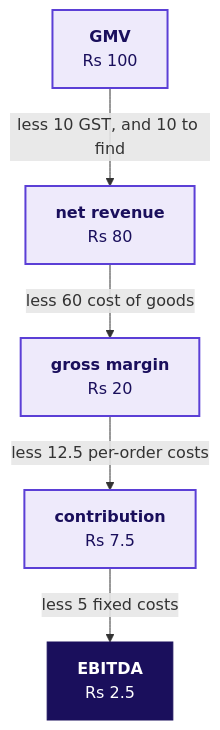
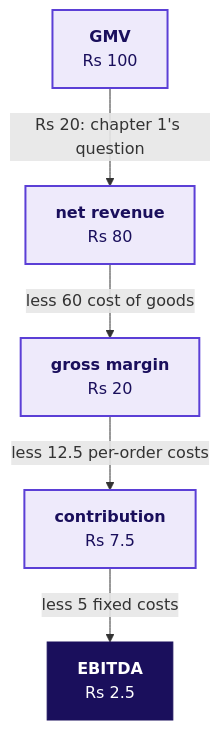
The fourth of 7 diagrams in content/W01/D1/trainer/C2_W01_D01_domain_story_TRAINER.md (fde-academy-lab/c2-content-factory), drawn with Mermaid before and after one commit. The commit also changed other lines of this file and 22 other files, not shown here.

````diff
--- a/content/W01/D1/trainer/C2_W01_D01_domain_story_TRAINER.md
+++ b/content/W01/D1/trainer/C2_W01_D01_domain_story_TRAINER.md
@@ -103,11 +129,11 @@
 ```mermaid
 flowchart TB
-    G["<b>GMV</b><br/>Rs 100"] -->|"less 10 GST, and 10 to find"| N["<b>net revenue</b><br/>Rs 80"]
+    G["<b>GMV</b><br/>Rs 100"] -->|"Rs 20: chapter 1's question"| N["<b>net revenue</b><br/>Rs 80"]
     N -->|"less 60 cost of goods"| M["<b>gross margin</b><br/>Rs 20"]
     M -->|"less 12.5 per-order costs"| C["<b>contribution</b><br/>Rs 7.5"]
     C -->|"less 5 fixed costs"| O["<b>EBITDA</b><br/>Rs 2.5"]
     classDef known fill:#EEEAFB,stroke:#5B3FD6,color:#1A0F5C,stroke-width:2px
     classDef dark fill:#1A0F5C,stroke:#1A0F5C,color:#FFFFFF
     class G,N,M,C known
     class O dark
 ```
````
